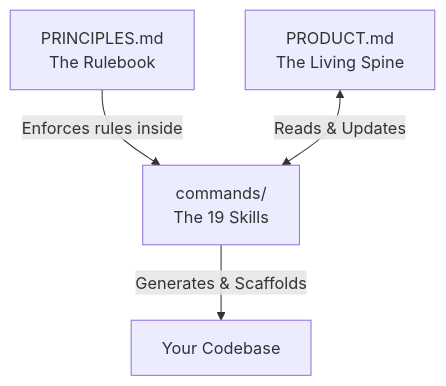
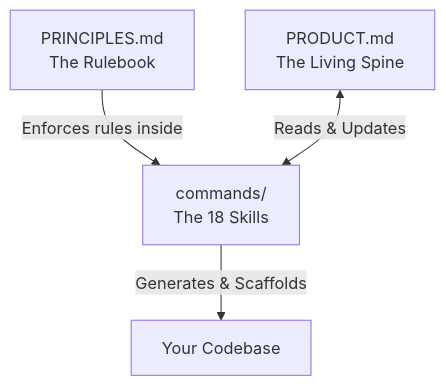
The first of 2 diagrams in README.md (kish21/product-playbook), drawn with Mermaid before and after one commit. The commit also changed other lines of this file and 8 other files, not shown here.

````diff
--- a/README.md
+++ b/README.md
@@ -40,6 +40,6 @@
 ```mermaid
 graph TD
-    A["PRINCIPLES.md<br/>The Rulebook"] -->|Enforces rules inside| C["commands/<br/>The 19 Skills"]
+    A["PRINCIPLES.md<br/>The Rulebook"] -->|Enforces rules inside| C["commands/<br/>The 18 Skills"]
     B["PRODUCT.md<br/>The Living Spine"] <-->|Reads & Updates| C
     C -->|Generates & Scaffolds| D["Your Codebase"]
 ```
````
